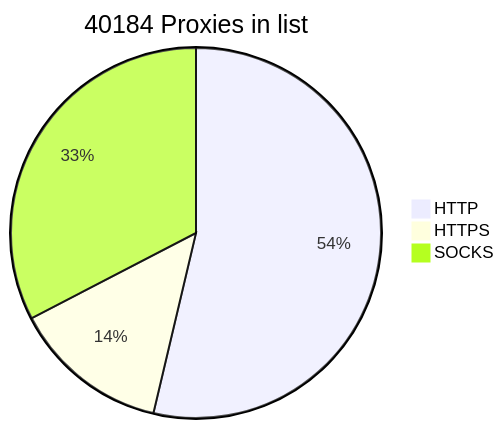
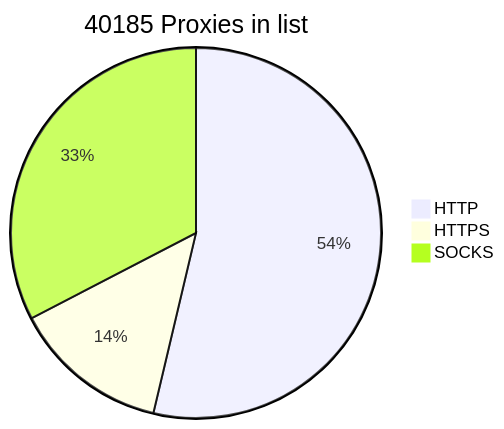
The diagram in README.md (BlackSnowDot/proxylist-update-every-minute), drawn with Mermaid before and after one commit.

````diff
--- a/README.md
+++ b/README.md
@@ -2,6 +2,6 @@
 ```mermaid
-pie title 40184 Proxies in list
-    "HTTP" : 24185
-    "HTTPS": 6164
+pie title 40185 Proxies in list
+    "HTTP" : 24188
+    "HTTPS": 6163
     "SOCKS" : 14693
 ```
````
